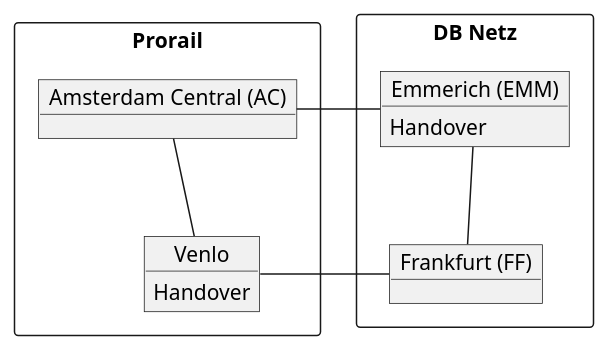
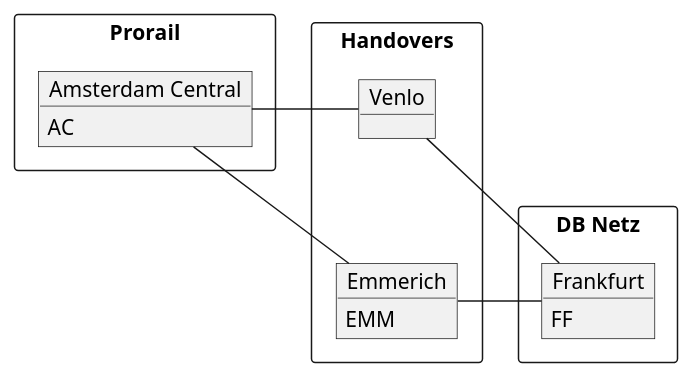
One commit to monora/tom changed the diagram in docs/uml/tom-example-ac-ff-infrastructure.puml. Above: the diagram before and after it, drawn with PlantUML. The commit also changed 5 other files, not shown here.

```diff
--- a/docs/uml/tom-example-ac-ff-infrastructure.puml
+++ b/docs/uml/tom-example-ac-ff-infrastructure.puml
@@ -1,15 +1,19 @@
 package Prorail <<Rectangle>> {
-    object "Amsterdam Central (AC)" as ac
-    object Venlo
-    Venlo : Handover
+    object "Amsterdam Central" as ac
+    ac : AC
 }
 package "DB Netz" <<Rectangle>> {
-    object "Emmerich (EMM)" as emm
-    emm : Handover
-    object "Frankfurt (FF)" as ff
+    object "Frankfurt" as ff
+    ff : FF
+}
+package "Handovers" <<Rectangle>> {
+    object Venlo
+    object "Emmerich" as emm
+    emm : EMM
 }
 
 ac - emm
-ac -- Venlo
+ac - Venlo
 Venlo - ff
-emm -- ff
+emm - ff
+Venlo --[hidden] emm
```
